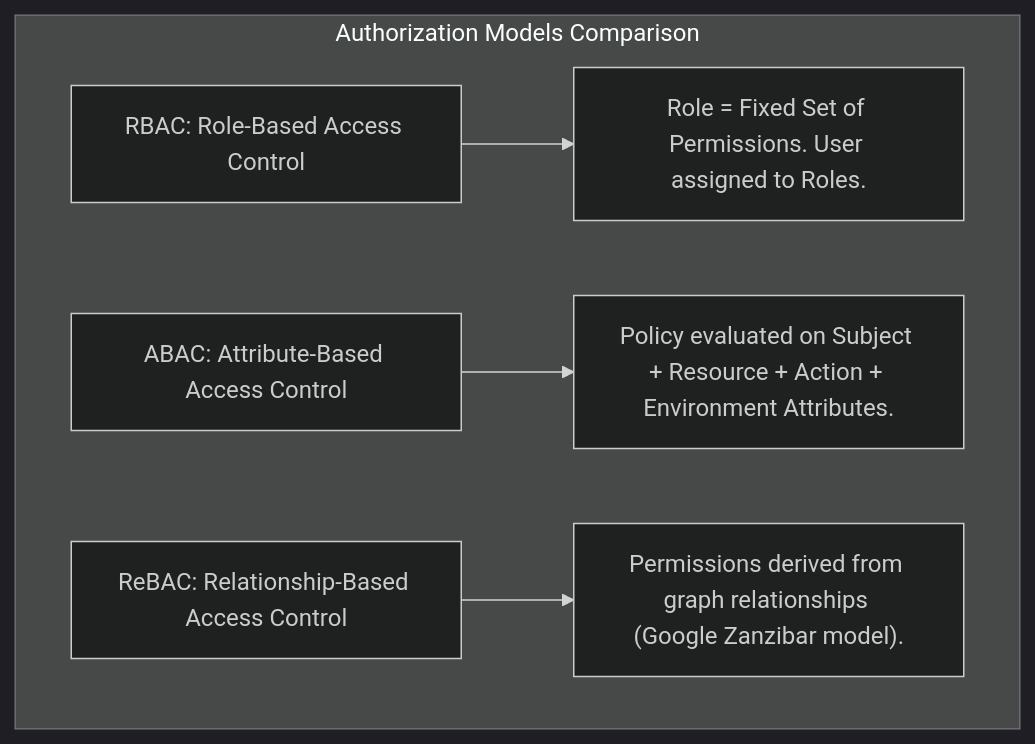
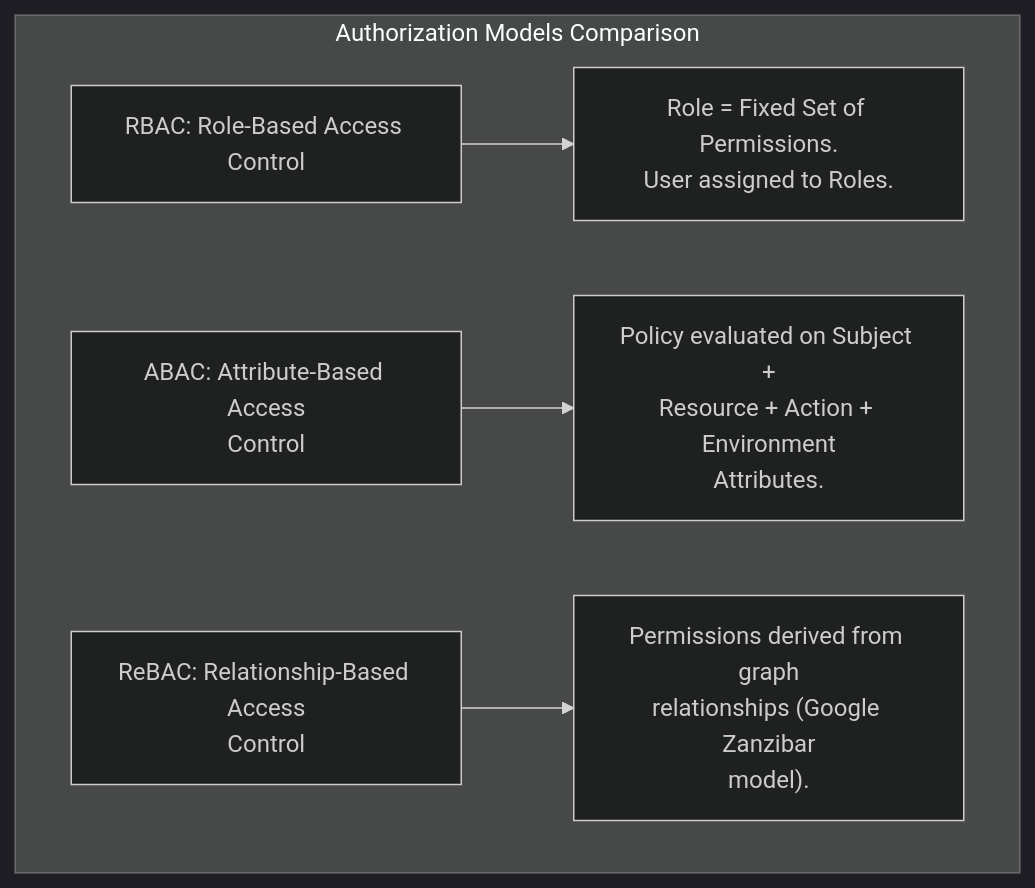
One commit to santoshjammi29/security-handbook changed the first of 2 diagrams in modules/02_authz_rbac_abac_and_governance/README.md. Above: the diagram before and after it, drawn with Mermaid (dark theme). The commit also changed other lines of this file and 22 other files, not shown here.

Commit message:
fix(diagrams): word-wrap labels and escape comparison operators across all diagrams

````diff
--- a/modules/02_authz_rbac_abac_and_governance/README.md
+++ b/modules/02_authz_rbac_abac_and_governance/README.md
@@ -7,8 +7,8 @@
 ```mermaid
 flowchart TD
     subgraph AuthZModels["Authorization Models Comparison"]
-        RBAC["RBAC: Role-Based Access Control"] --> RBAC_Def["Role = Fixed Set of Permissions. User assigned to Roles."]
-        ABAC["ABAC: Attribute-Based Access Control"] --> ABAC_Def["Policy evaluated on Subject + Resource + Action + Environment Attributes."]
-        ReBAC["ReBAC: Relationship-Based Access Control"] --> ReBAC_Def["Permissions derived from graph relationships (Google Zanzibar model)."]
+        RBAC["RBAC: Role-Based Access Control"] --> RBAC_Def["Role = Fixed Set of Permissions.<br/>User assigned to Roles."]
+        ABAC["ABAC: Attribute-Based Access<br/>Control"] --> ABAC_Def["Policy evaluated on Subject +<br/>Resource + Action + Environment<br/>Attributes."]
+        ReBAC["ReBAC: Relationship-Based Access<br/>Control"] --> ReBAC_Def["Permissions derived from graph<br/>relationships (Google Zanzibar<br/>model)."]
     end
 ```
````
